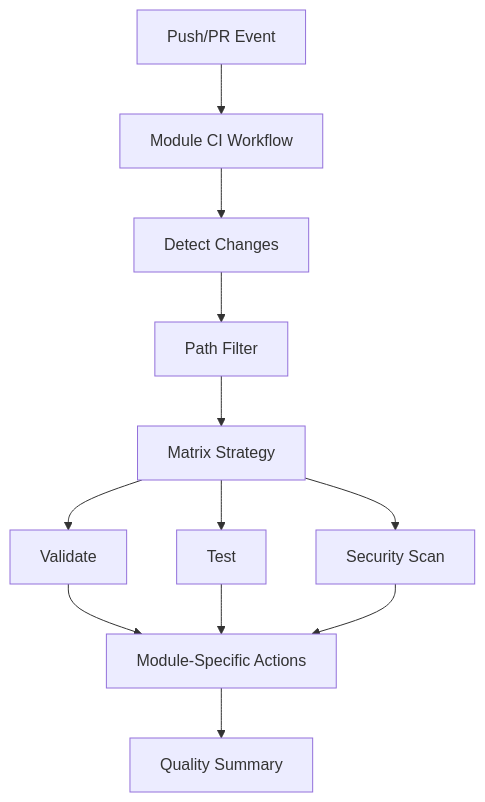
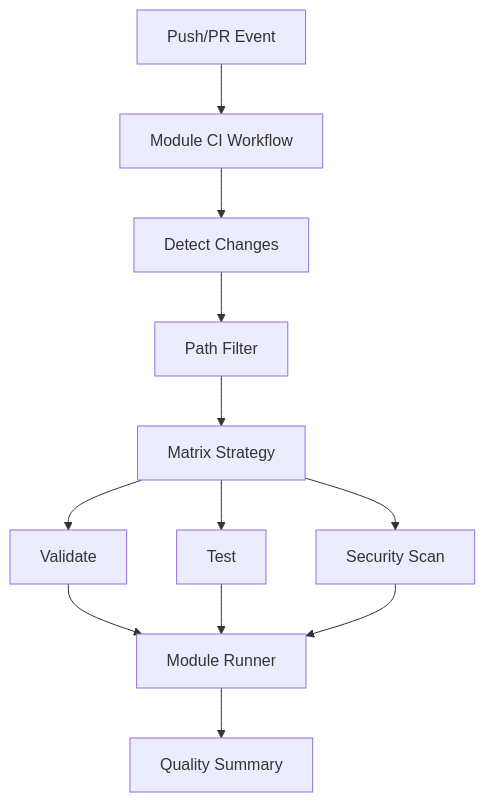
One commit to PatrykIti/azurerm-terraform-modules changed the first of 3 diagrams in docs/WORKFLOWS.md. Above: the diagram before and after it, drawn with Mermaid. The commit also changed other lines of this file and 1 other file, not shown here.

````diff
--- a/docs/WORKFLOWS.md
+++ b/docs/WORKFLOWS.md
@@ -20,14 +20,14 @@
 ```mermaid
 graph TD
     A[Push/PR Event] --> B[Module CI Workflow]
     B --> C[Detect Changes]
     C --> D[Path Filter]
     D --> E[Matrix Strategy]
     E --> F[Validate]
     E --> G[Test]
     E --> H[Security Scan]
-    F --> I[Module-Specific Actions]
+    F --> I[Module Runner]
     G --> I
     H --> I
     I --> J[Quality Summary]
 ```
````
